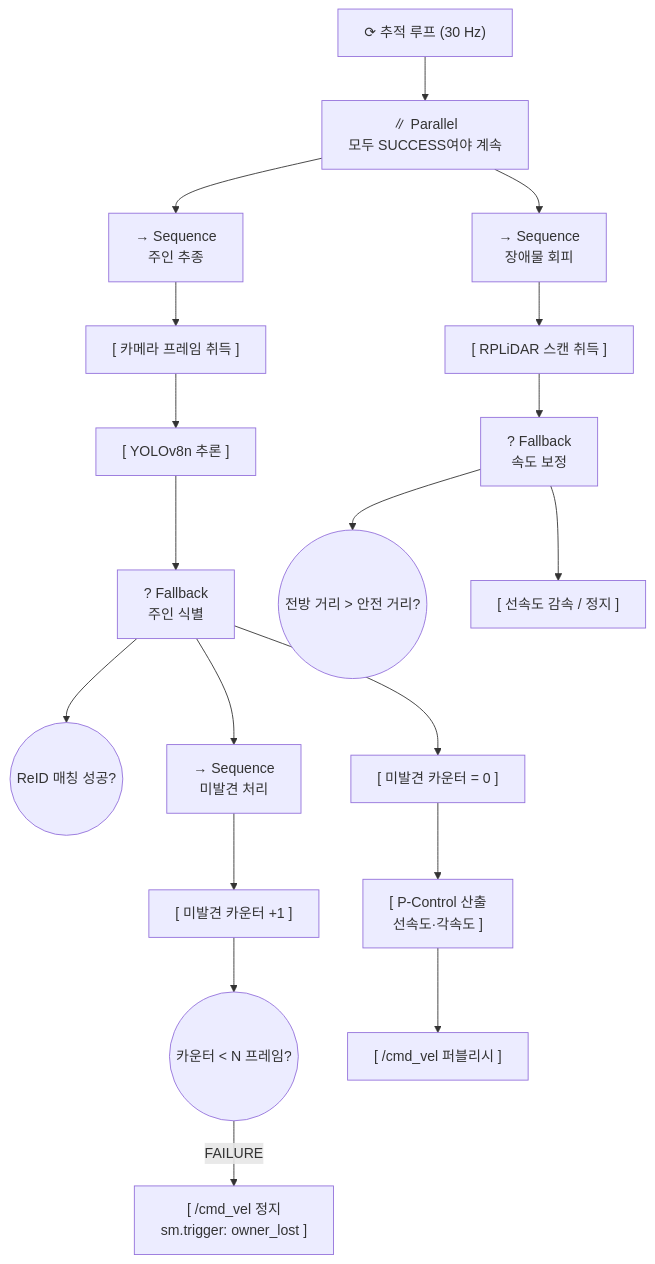
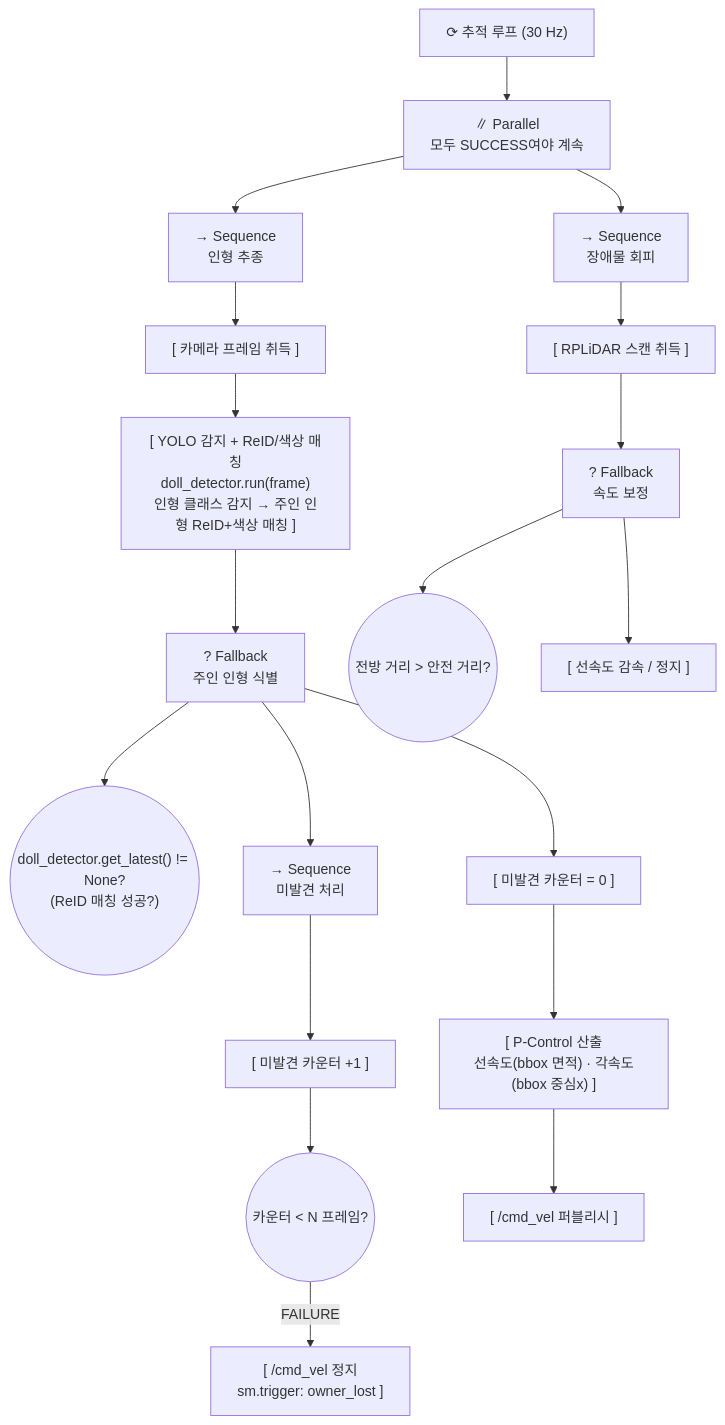
One commit to addinedu-physicalai-1st/ros-repo-2 changed the first of 5 diagrams in docs/behavior_tree.md. Above: the diagram before and after it, drawn with Mermaid. The commit also changed other lines of this file and 26 other files, not shown here.

````diff
--- a/docs/behavior_tree.md
+++ b/docs/behavior_tree.md
@@ -61,29 +67,29 @@
 ```mermaid
 flowchart TD
     ROOT["⟳ 추적 루프 (30 Hz)"]
 
     ROOT --> PAR["∥ Parallel\n모두 SUCCESS여야 계속"]
 
-    PAR --> SEQ_TRACK["→ Sequence\n주인 추종"]
+    PAR --> SEQ_TRACK["→ Sequence\n인형 추종"]
     PAR --> SEQ_OBS["→ Sequence\n장애물 회피"]
 
     SEQ_TRACK --> A1["[ 카메라 프레임 취득 ]"]
-    A1 --> A2["[ YOLOv8n 추론 ]"]
-    A2 --> FB["? Fallback\n주인 식별"]
+    A1 --> A2["[ YOLO 감지 + ReID/색상 매칭\ndoll_detector.run(frame)\n인형 클래스 감지 → 주인 인형 ReID+색상 매칭 ]"]
+    A2 --> FB["? Fallback\n주인 인형 식별"]
 
-    FB --> C1(("ReID 매칭 성공?"))
+    FB --> C1(("doll_detector.get_latest() != None?\n(ReID 매칭 성공?)"))
     FB --> SEQ_LOST["→ Sequence\n미발견 처리"]
 
     SEQ_LOST --> A3["[ 미발견 카운터 +1 ]"]
     A3 --> C2(("카운터 < N 프레임?"))
     C2 -- FAILURE --> A4["[ /cmd_vel 정지\nsm.trigger: owner_lost ]"]
 
     FB --> A5["[ 미발견 카운터 = 0 ]"]
-    A5 --> A6["[ P-Control 산출\n선속도·각속도 ]"]
+    A5 --> A6["[ P-Control 산출\n선속도(bbox 면적) · 각속도(bbox 중심x) ]"]
     A6 --> A7["[ /cmd_vel 퍼블리시 ]"]
 
     SEQ_OBS --> A8["[ RPLiDAR 스캔 취득 ]"]
     A8 --> FB2["? Fallback\n속도 보정"]
     FB2 --> C3(("전방 거리 > 안전 거리?"))
     FB2 --> A9["[ 선속도 감속 / 정지 ]"]
 ```
````
